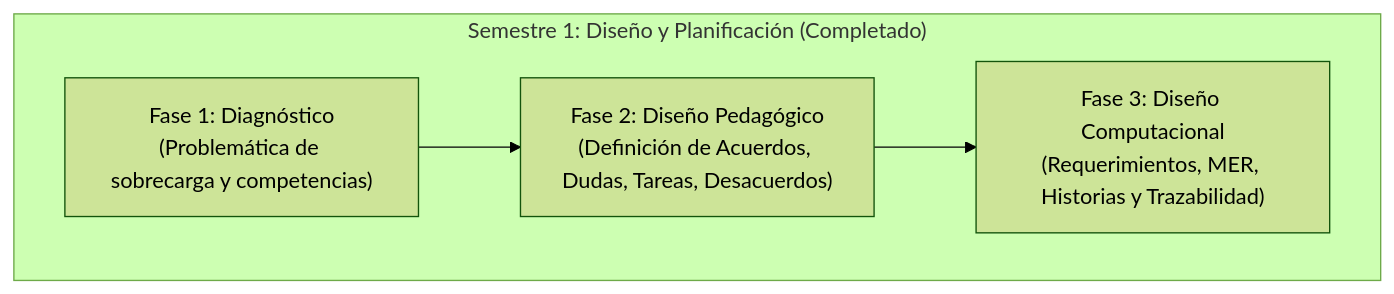
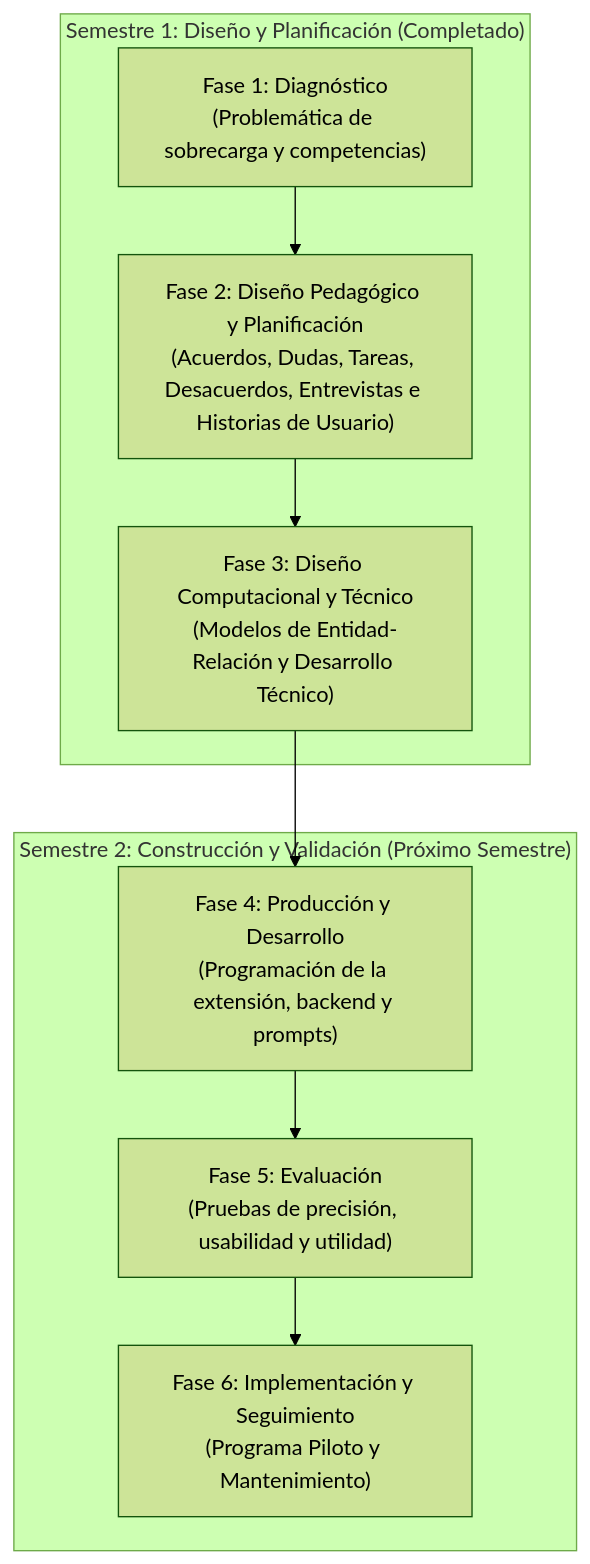
Before and after one commit to JoseDanielDurango/sicoco-modesec: the diagram in SICOCO/13_alcance_1er_semestre.md, drawn with Mermaid (forest theme). The commit also changed other lines of this file and 4 other files, not shown here.

````diff
--- a/SICOCO/13_alcance_1er_semestre.md
+++ b/SICOCO/13_alcance_1er_semestre.md
@@ -13,7 +13,12 @@
 ```mermaid
 graph TD
     subgraph S1 ["Semestre 1: Diseño y Planificación (Completado)"]
-        F1["Fase 1: Diagnóstico<br>(Problemática de sobrecarga y competencias)"] --> F2["Fase 2: Diseño Pedagógico<br>(Definición de Acuerdos, Dudas, Tareas, Desacuerdos)"]
-        F2 --> F3["Fase 3: Diseño Computacional<br>(Requerimientos, MER, Historias y Trazabilidad)"]
+        F1["Fase 1: Diagnóstico<br>(Problemática de sobrecarga y competencias)"] --> F2["Fase 2: Diseño Pedagógico y Planificación<br>(Acuerdos, Dudas, Tareas, Desacuerdos, Entrevistas e Historias de Usuario)"]
+        F2 --> F3["Fase 3: Diseño Computacional y Técnico<br>(Modelos de Entidad-Relación y Desarrollo Técnico)"]
+    end
+    subgraph S2 ["Semestre 2: Construcción y Validación (Próximo Semestre)"]
+        F3 --> F4["Fase 4: Producción y Desarrollo<br>(Programación de la extensión, backend y prompts)"]
+        F4 --> F5["Fase 5: Evaluación<br>(Pruebas de precisión, usabilidad y utilidad)"]
+        F5 --> F6["Fase 6: Implementación y Seguimiento<br>(Programa Piloto y Mantenimiento)"]
     end
 ```
````
